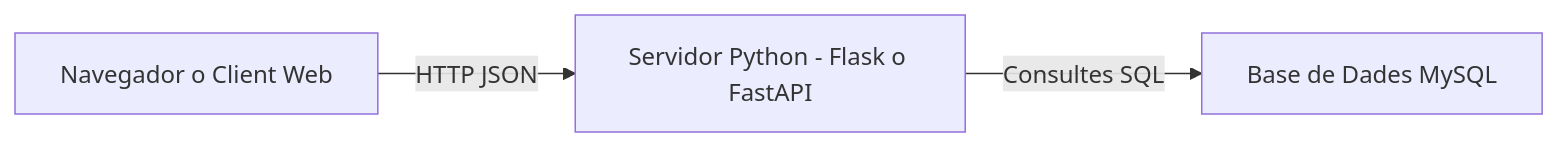
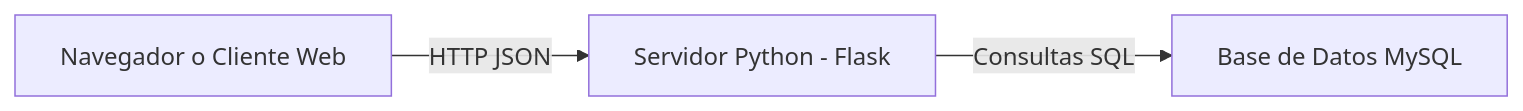
One commit to dmontes901/TapatApp changed the diagram in MGCAM/arquitectura.mmd. Above: the diagram before and after it, drawn with Mermaid.

```diff
--- a/MGCAM/arquitectura.mmd
+++ b/MGCAM/arquitectura.mmd
@@ -1,3 +1,3 @@
 flowchart LR
-    Client[Navegador o Client Web] -->|HTTP JSON| API[Servidor Python - Flask o FastAPI]
-    API -->|Consultes SQL| BBDD[Base de Dades MySQL]
+    Cliente[Navegador o Cliente Web] -->|HTTP JSON| API[Servidor Python - Flask]
+    API -->|Consultas SQL| BBDD[Base de Datos MySQL]
```
